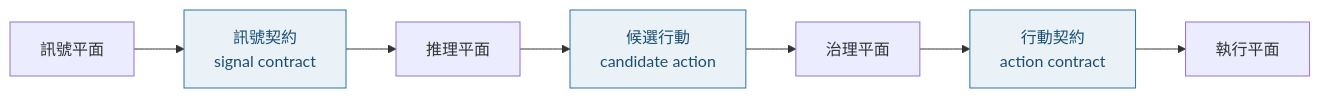
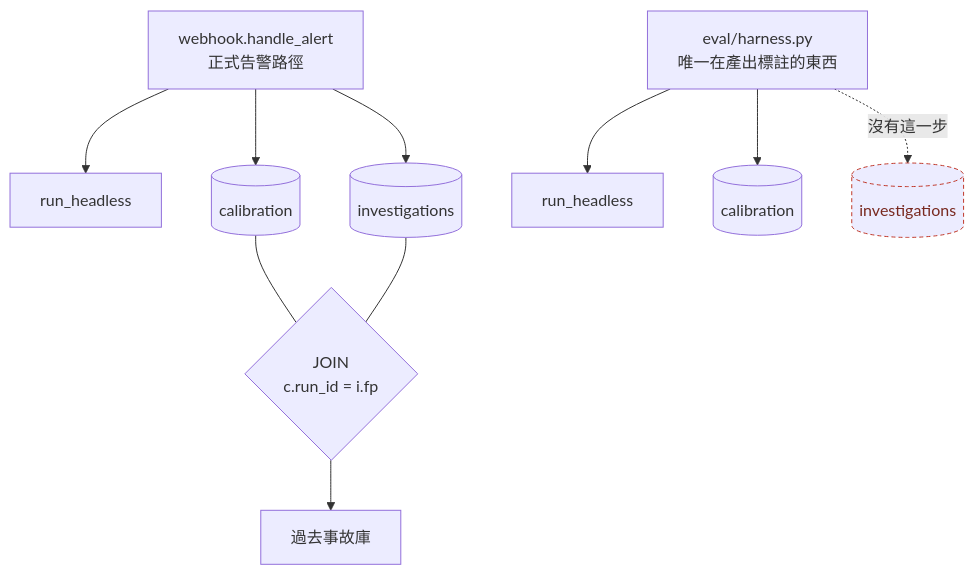
One commit to tedmax100/o11y-bench changed the first of 2 diagrams in weaver-demo/ironman-2026/day32.md. Above: the diagram before and after it, drawn with Mermaid. The commit also changed other lines of this file and 29 other files, not shown here.

````diff
--- a/weaver-demo/ironman-2026/day32.md
+++ b/weaver-demo/ironman-2026/day32.md
@@ -76,12 +47,15 @@
 ```mermaid
-flowchart LR
-    S["訊號平面"] --> C1["訊號契約<br/>signal contract"]
-    C1 --> R["推理平面"]
-    R --> C2["候選行動<br/>candidate action"]
-    C2 --> G["治理平面"]
-    G --> C3["行動契約<br/>action contract"]
-    C3 --> E["執行平面"]
+flowchart TB
+    W["webhook.handle_alert<br/>正式告警路徑"] --> RH1["run_headless"]
+    W --> C1[("calibration")]
+    W --> I1[("investigations")]
+    H["eval/harness.py<br/>唯一在產出標註的東西"] --> RH2["run_headless"]
+    H --> C2[("calibration")]
+    H -.->|"沒有這一步"| I2[("investigations")]
+    C1 --- J{"JOIN<br/>c.run_id = i.fp"}
+    I1 --- J
+    J --> P["過去事故庫"]
 
-    classDef contract fill:#eaf2f8,stroke:#2874a6,color:#1b4f72
-    class C1,C2,C3 contract
+    classDef gap stroke-dasharray:4 3,stroke:#c0392b,color:#78281f
+    class I2 gap
 ```
````
